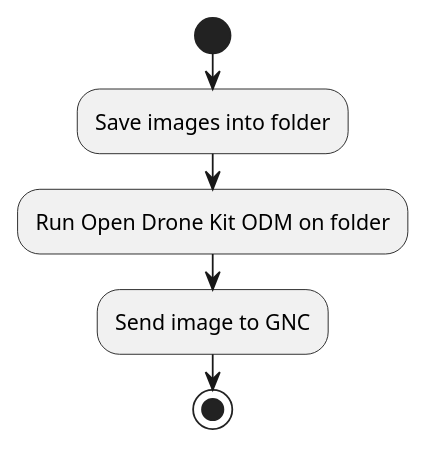
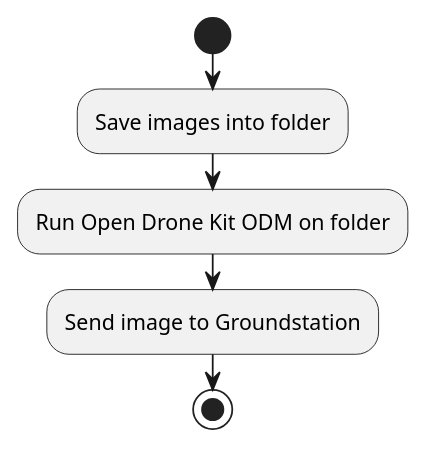
Before and after one commit to PurdueAerialRoboticsTeam/feonix-docs: the seventh of 7 diagrams in docs/index.md, drawn with PlantUML.

````diff
--- a/docs/index.md
+++ b/docs/index.md
@@ -185,9 +185,9 @@
 ```plantuml
 @startuml
 start
 :Save images into folder;
 :Run Open Drone Kit ODM on folder;
-:Send image to GNC;
+:Send image to Groundstation;
 stop
 @enduml
 ```
````
